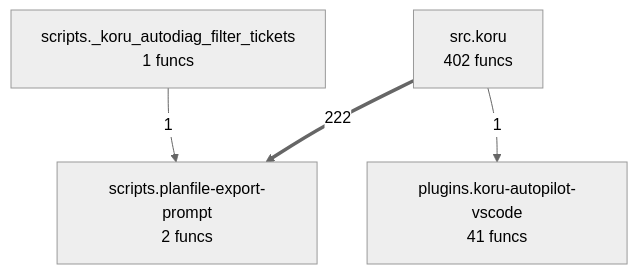
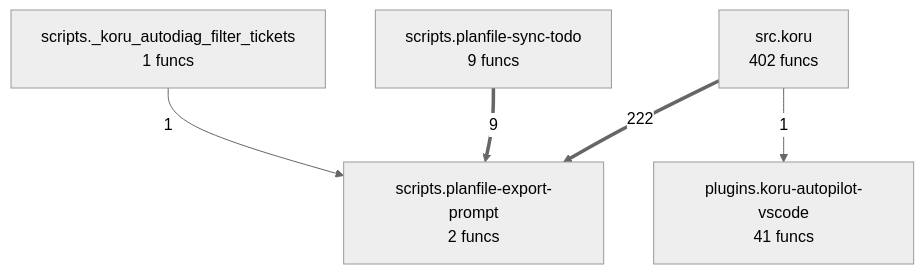
Before and after one commit to semcod/koru: the diagram in project/compact_flow.mmd, drawn with Mermaid (neutral theme). The commit also changed 27 other files, not shown here.

```diff
--- a/project/compact_flow.mmd
+++ b/project/compact_flow.mmd
@@ -1,9 +1,11 @@
 flowchart TD
 %% generated in 0.01s
     plugins__koru_autopilot_vscode["plugins.koru-autopilot-vscode<br/>41 funcs"]
     scripts___koru_autodiag_filter_tickets["scripts._koru_autodiag_filter_tickets<br/>1 funcs"]
     scripts__planfile_export_prompt["scripts.planfile-export-prompt<br/>2 funcs"]
+    scripts__planfile_sync_todo["scripts.planfile-sync-todo<br/>9 funcs"]
     src__koru["src.koru<br/>402 funcs"]
     src__koru ==>|222| scripts__planfile_export_prompt
+    scripts__planfile_sync_todo ==>|9| scripts__planfile_export_prompt
     src__koru -->|1| plugins__koru_autopilot_vscode
     scripts___koru_autodiag_filter_tickets -->|1| scripts__planfile_export_prompt
```
